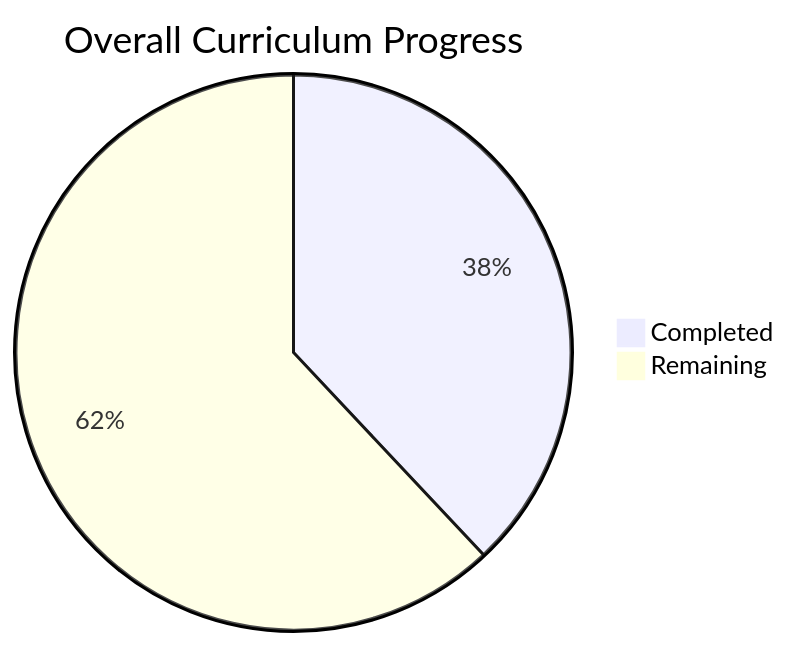
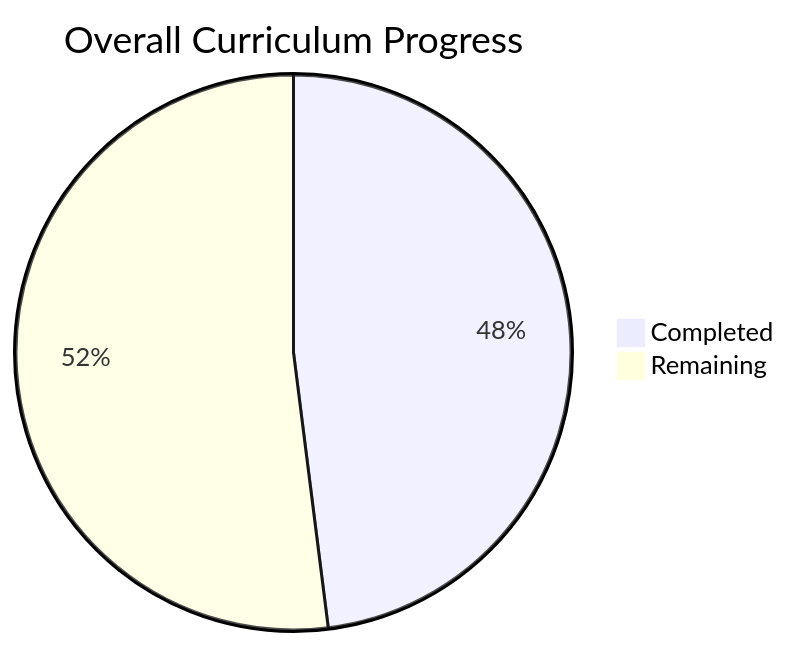
Before and after one commit to Muazislam/FullStack-Engineering-Education: the second of 3 diagrams in learning-system/progress/PROGRESS.md, drawn with Mermaid. The commit also changed other lines of this file and 2 other files, not shown here.

````diff
--- a/learning-system/progress/PROGRESS.md
+++ b/learning-system/progress/PROGRESS.md
@@ -82,5 +82,5 @@
 ```mermaid
 pie title Overall Curriculum Progress
-  "Completed" : 38
-  "Remaining" : 62
+  "Completed" : 48
+  "Remaining" : 52
 ```
````
